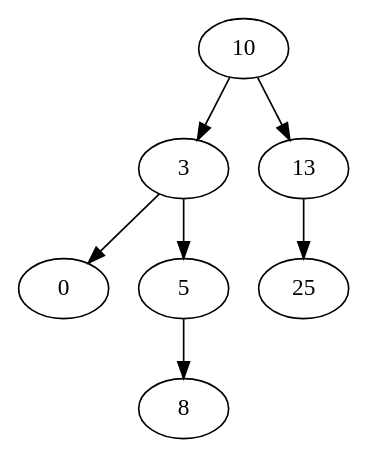
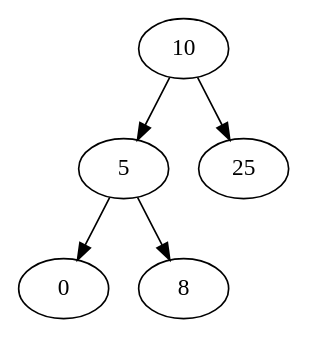
Before and after one commit to ejovo13/DSA_TP1: the diagram in TP3/test_rem1.dot, drawn with Graphviz. The commit also changed 15 other files, not shown here.

```diff
--- a/TP3/test_rem1.dot
+++ b/TP3/test_rem1.dot
@@ -1,9 +1,7 @@
 digraph {
-  10 -> { 3 13 }
-  3 -> { 0 5 }
+  10 -> { 5 25 }
+  5 -> { 0 8 }
   0
-  5 -> 8
   8
-  13 -> 25
   25
 }
```
